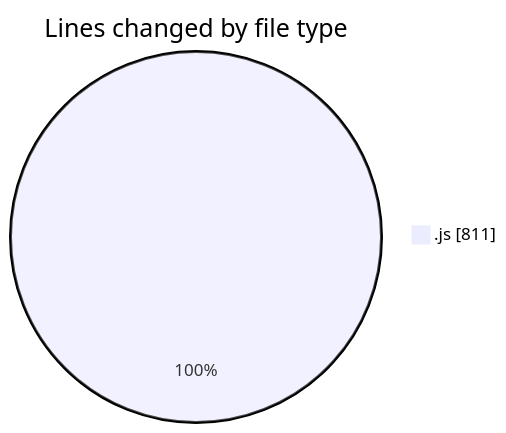
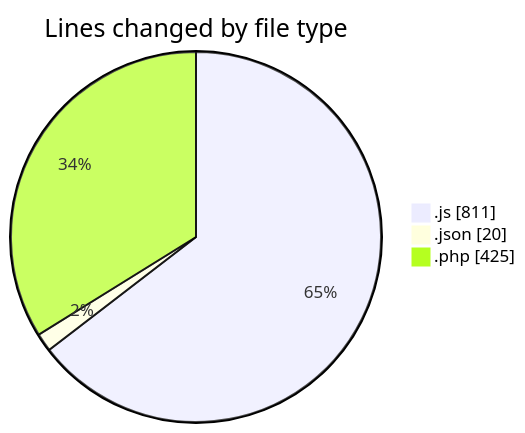
One commit to debugP/code-tracking changed the first of 2 diagrams in 2025-10-01/untitled__workspace_/README.md. Above: the diagram before and after it, drawn with Mermaid. The commit also changed other lines of this file and 1 other file, not shown here.

````diff
--- a/2025-10-01/untitled__workspace_/README.md
+++ b/2025-10-01/untitled__workspace_/README.md
@@ -20,5 +22,7 @@
 ```mermaid
 pie showData
 title Lines changed by file type
 ".js" : 811
+".json" : 20
+".php" : 425
 ```
````
